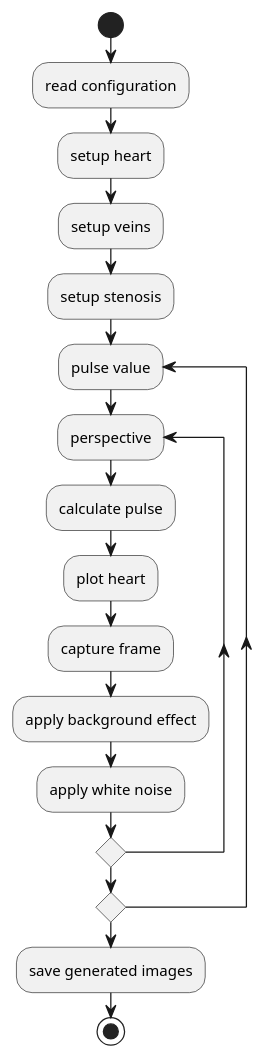
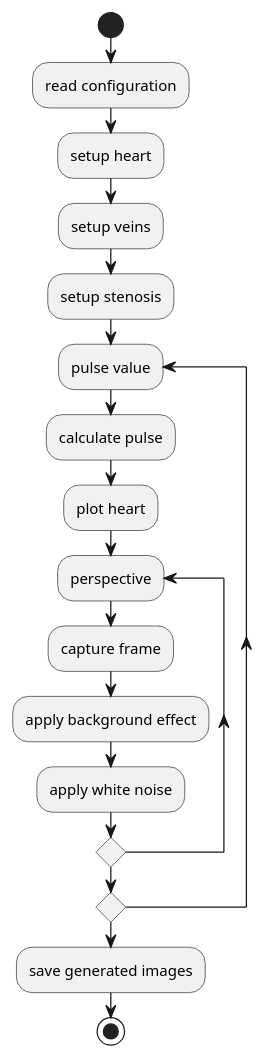
Before and after one commit to caetanope/angio3d: the diagram in activityDiagram.puml, drawn with PlantUML. The commit also changed 2 other files, not shown here.

Commit message:
diagrama de atividade

```diff
--- a/activityDiagram.puml
+++ b/activityDiagram.puml
@@ -1,24 +1,24 @@
 @startuml activityDiagram
 
 start
 
 :read configuration;
 :setup heart;
 :setup veins;
 :setup stenosis;
 
 repeat :pulse value
+    :calculate pulse;
+    :plot heart;
     repeat :perspective
-        :calculate pulse;
-        :plot heart;
         :capture frame;
         :apply background effect;
         :apply white noise;
     repeat while
 repeat while
 
 :save generated images;
 
 stop
 
 @enduml
```
